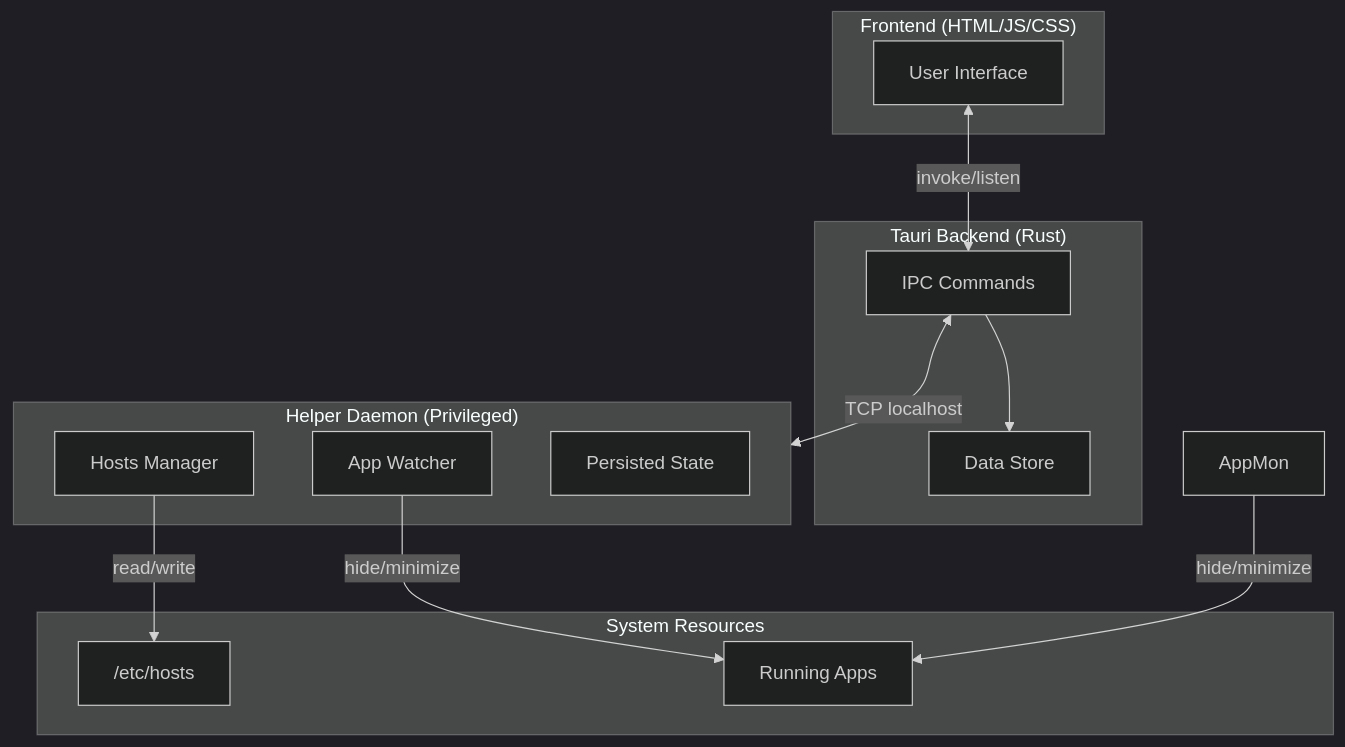
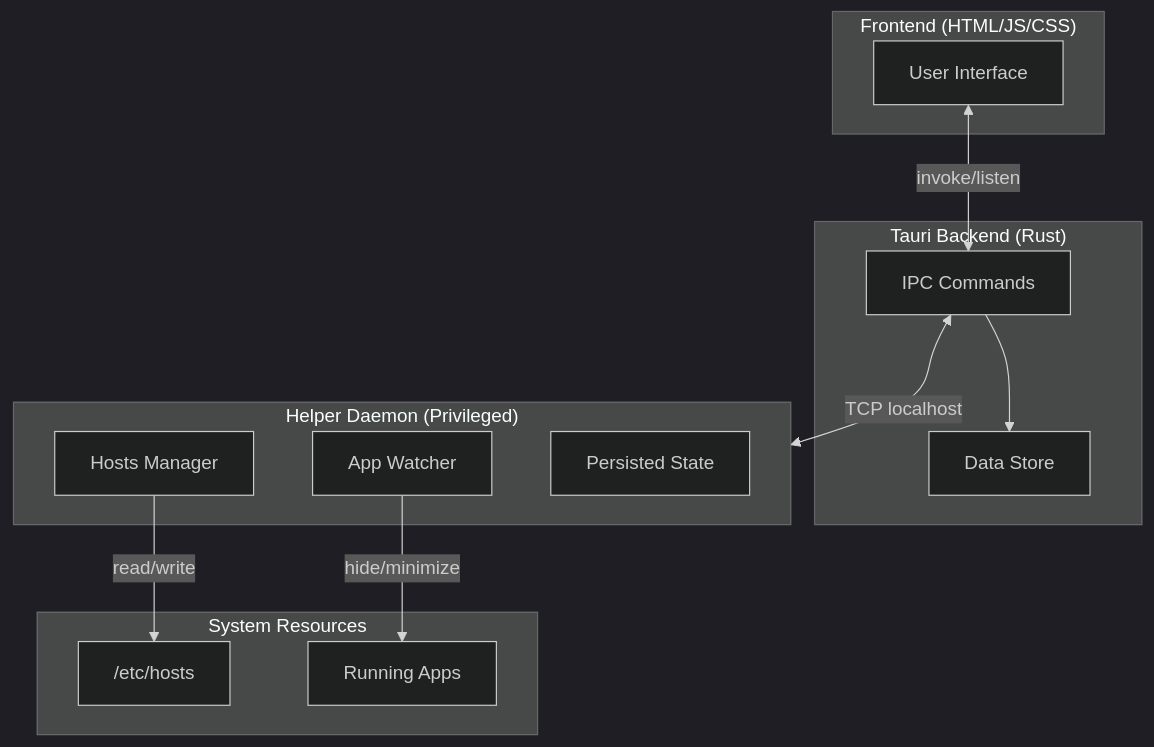
The first of 2 diagrams in README.md (kasnder/redd-block), drawn with Mermaid (dark theme) before and after one commit.

Commit message:
fix w windows changes

````diff
--- a/README.md
+++ b/README.md
@@ -24,29 +24,28 @@
 ```mermaid
 flowchart TB
     subgraph Frontend["Frontend (HTML/JS/CSS)"]
         UI[User Interface]
     end
 
     subgraph Tauri["Tauri Backend (Rust)"]
         IPC[IPC Commands]
         Data[Data Store]
     end
 
     subgraph Helper["Helper Daemon (Privileged)"]
         HostsMgr[Hosts Manager]
         AppWatcher[App Watcher]
         State[Persisted State]
     end
 
     subgraph System["System Resources"]
         Hosts["/etc/hosts"]
         Apps[Running Apps]
     end
 
     UI <-->|invoke/listen| IPC
     IPC <-->|TCP localhost| Helper
     IPC --> Data
-    AppMon -->|hide/minimize| Apps
     HostsMgr -->|read/write| Hosts
     AppWatcher -->|hide/minimize| Apps
 ```
````
